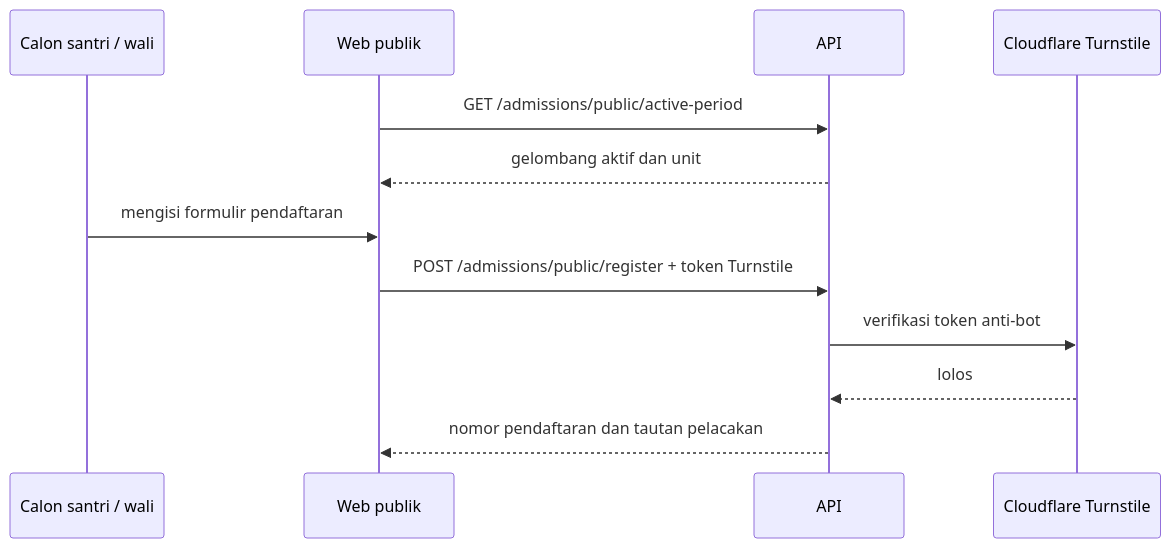
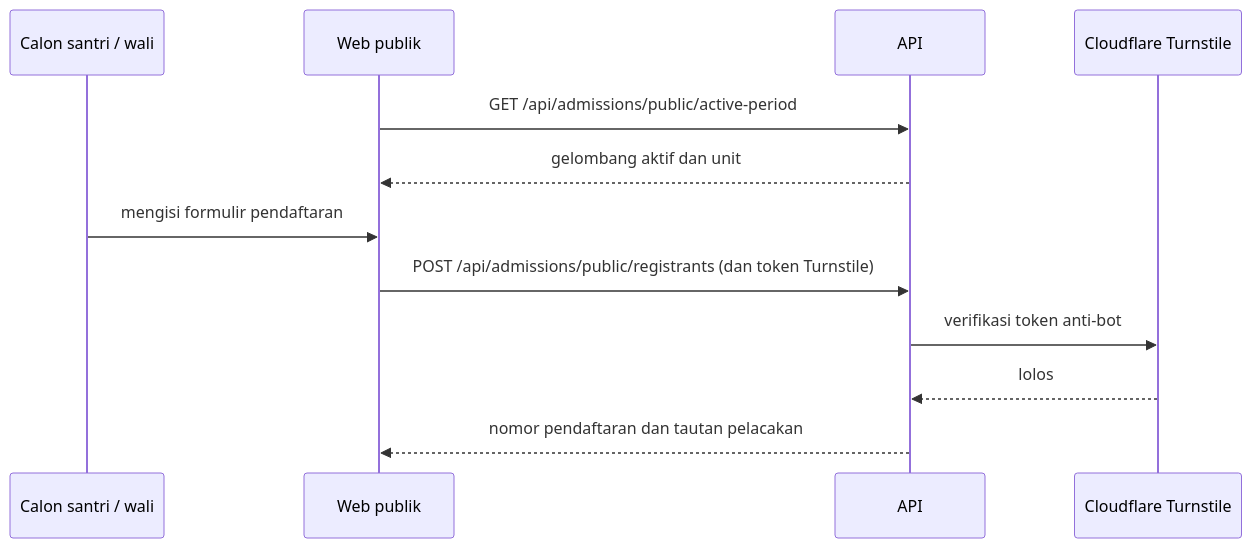
Before and after one commit to ypcipansor/cipansor: the ninth of 11 diagrams in docs/dokumen-aplikasi/dokumen-teknis-cipansor.md, drawn with Mermaid. The commit also changed other lines of this file and 68 other files, not shown here.

````diff
--- a/docs/dokumen-aplikasi/dokumen-teknis-cipansor.md
+++ b/docs/dokumen-aplikasi/dokumen-teknis-cipansor.md
@@ -357,15 +398,15 @@
 ```mermaid
 %% caption: Urutan pendaftaran publik pada SPMB
 sequenceDiagram
   participant C as Calon santri / wali
   participant W as Web publik
   participant A as API
   participant T as Cloudflare Turnstile
-  W->>A: GET /admissions/public/active-period
+  W->>A: GET /api/admissions/public/active-period
   A-->>W: gelombang aktif dan unit
   C->>W: mengisi formulir pendaftaran
-  W->>A: POST /admissions/public/register + token Turnstile
+  W->>A: POST /api/admissions/public/registrants (dan token Turnstile)
   A->>T: verifikasi token anti-bot
   T-->>A: lolos
   A-->>W: nomor pendaftaran dan tautan pelacakan
 ```
````
